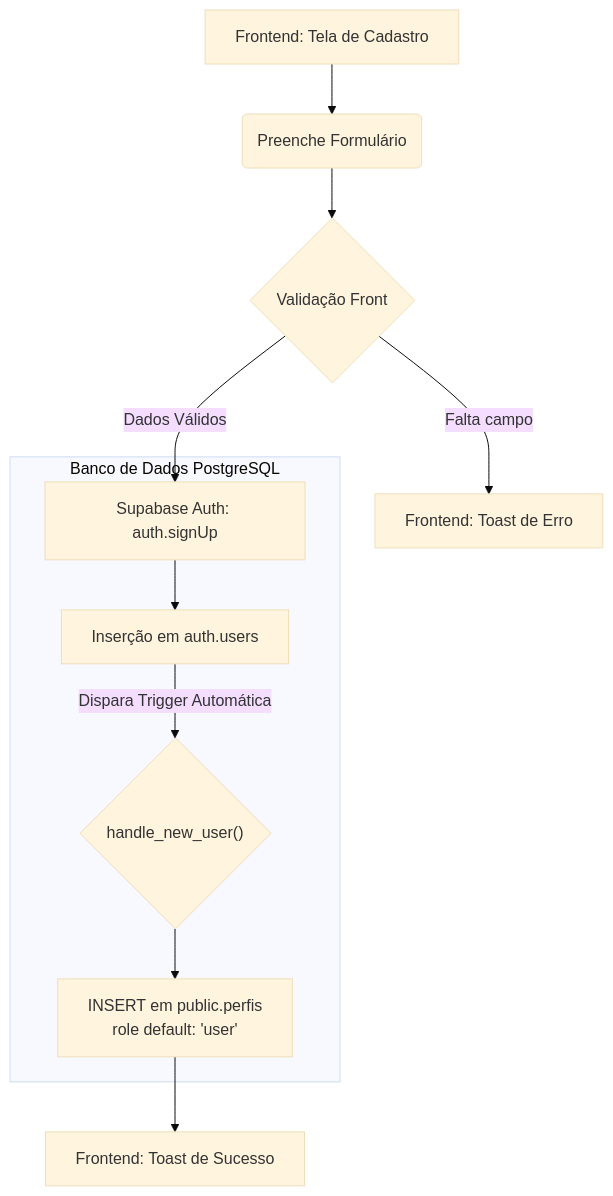
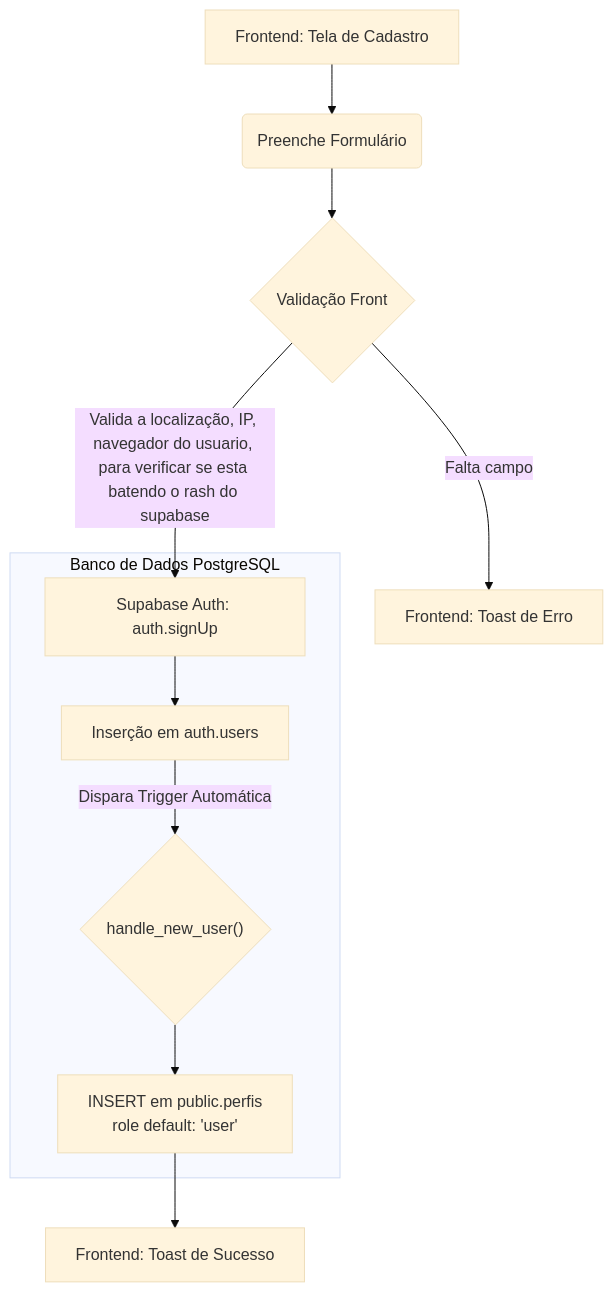
The first of 4 diagrams in README.md (TesteJoaoMJ/TesteJoao), drawn with Mermaid (base theme) before and after one commit. The commit also changed 2 other files, not shown here.

Commit message:
Aparentimente tudo certo

````diff
--- a/README.md
+++ b/README.md
@@ -20,16 +20,16 @@
 ```mermaid
 flowchart TD
     A[Frontend: Tela de Cadastro] --> B(Preenche Formulário)
     B --> C{Validação Front}
     
     C -- "Falta campo" --> D[Frontend: Toast de Erro]
-    C -- "Dados Válidos" --> E[Supabase Auth: auth.signUp]
+    C -- "Valida a localização, IP, navegador do usuario, para verificar se esta batendo o rash do supabase" --> E[Supabase Auth: auth.signUp]
     
     subgraph Banco de Dados PostgreSQL
         E --> F[Inserção em auth.users]
         F -- "Dispara Trigger Automática" --> G{"handle_new_user()"}
         G --> H[INSERT em public.perfis\nrole default: 'user']
     end
     
     H --> I[Frontend: Toast de Sucesso]
 ```
````
